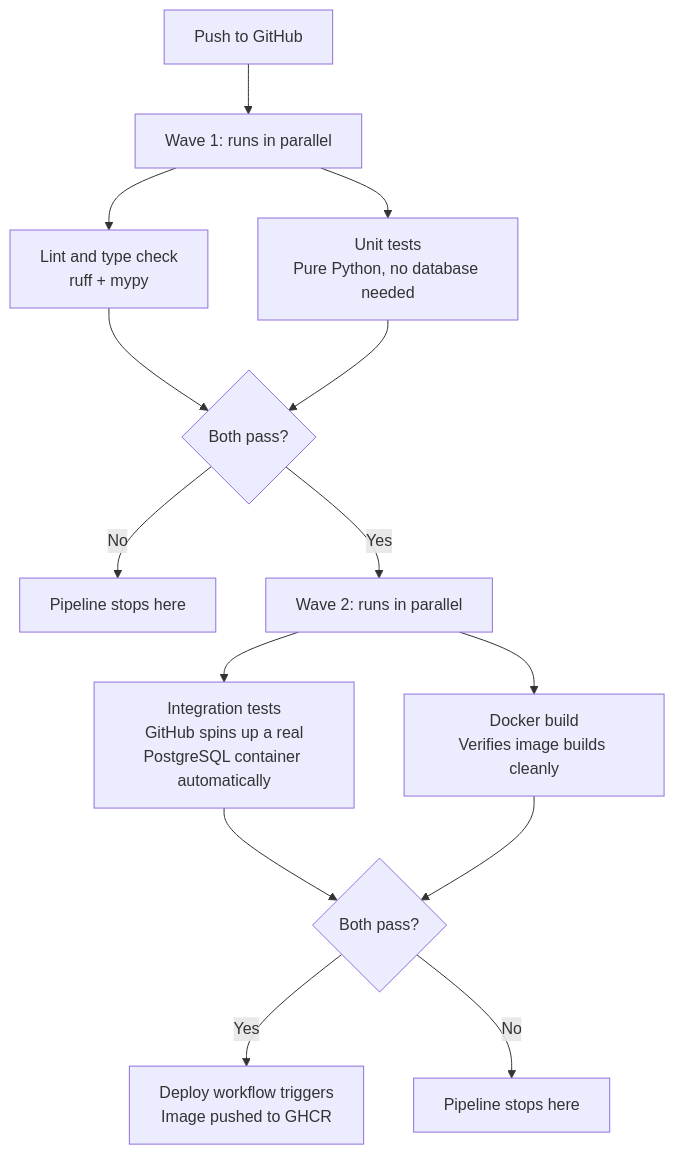
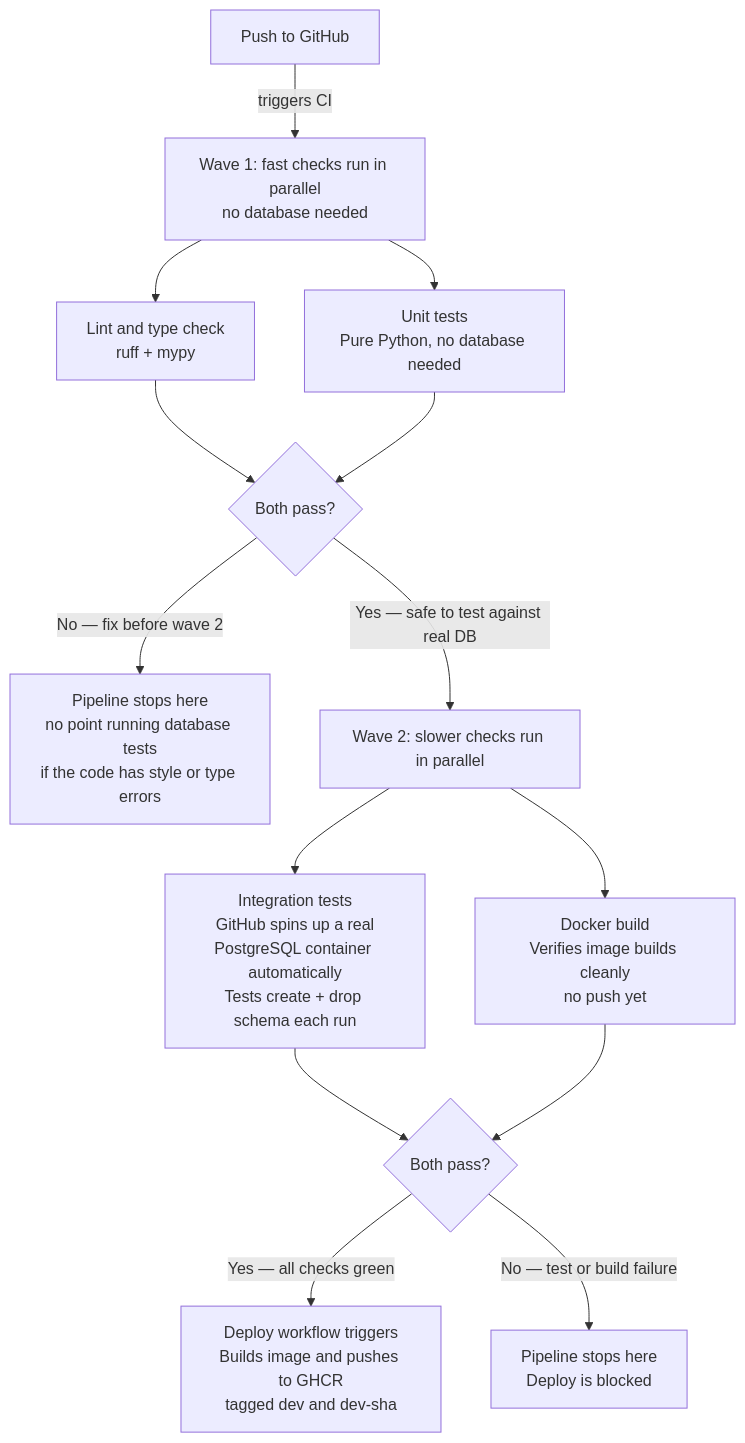
The second of 2 diagrams in README.md (enterprise-data-platform-emeka/platform-cdc-simulator), drawn with Mermaid before and after one commit. The commit also changed other lines of this file, not shown here.

Commit message:
Docs: remove brand colors from all Mermaid diagrams

````diff
--- a/README.md
+++ b/README.md
@@ -503,16 +505,16 @@
 ```mermaid
 flowchart TD
-    A[Push to GitHub] --> B[Wave 1: runs in parallel]
+    A[Push to GitHub] -->|triggers CI| B[Wave 1: fast checks run in parallel\nno database needed]
     B --> C[Lint and type check\nruff + mypy]
     B --> D[Unit tests\nPure Python, no database needed]
     C --> E{Both pass?}
     D --> E
-    E -->|No| F[Pipeline stops here]
-    E -->|Yes| G[Wave 2: runs in parallel]
-    G --> H[Integration tests\nGitHub spins up a real\nPostgreSQL container automatically]
-    G --> I[Docker build\nVerifies image builds cleanly]
+    E -->|No — fix before wave 2| F[Pipeline stops here\nno point running database tests\nif the code has style or type errors]
+    E -->|Yes — safe to test against real DB| G[Wave 2: slower checks run in parallel]
+    G --> H[Integration tests\nGitHub spins up a real\nPostgreSQL container automatically\nTests create + drop schema each run]
+    G --> I[Docker build\nVerifies image builds cleanly\nno push yet]
     H --> J{Both pass?}
     I --> J
-    J -->|Yes| K[Deploy workflow triggers\nImage pushed to GHCR]
-    J -->|No| L[Pipeline stops here]
+    J -->|Yes — all checks green| K[Deploy workflow triggers\nBuilds image and pushes to GHCR\ntagged dev and dev-sha]
+    J -->|No — test or build failure| L[Pipeline stops here\nDeploy is blocked]
 ```
````
